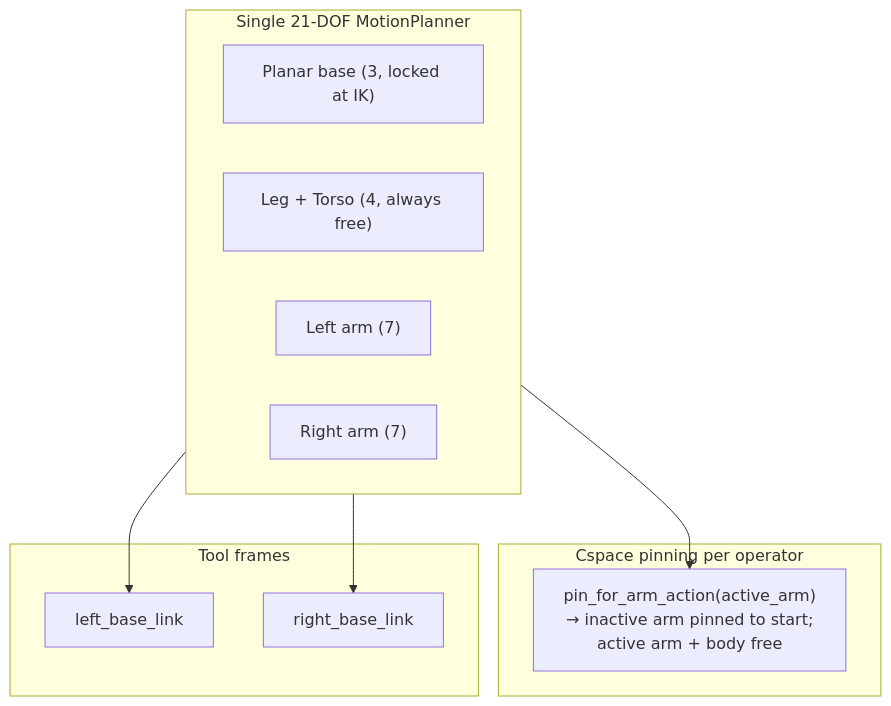
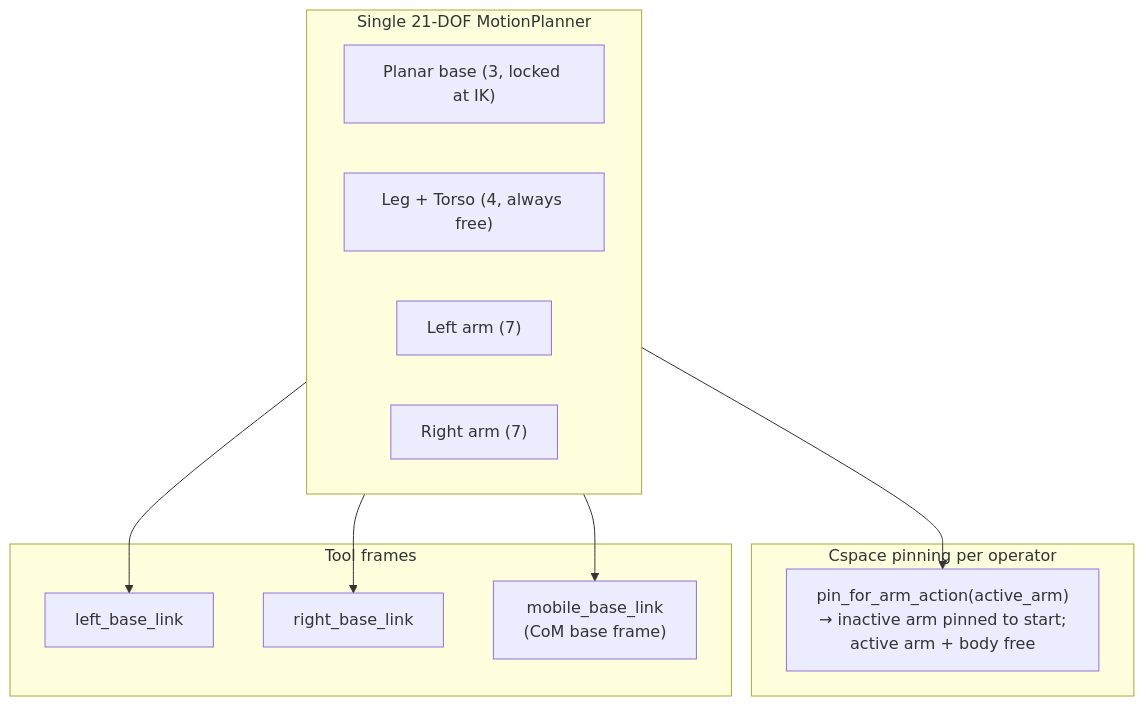
One commit to helpYoon/cuTAMP changed the second of 2 diagrams in README.md. Above: the diagram before and after it, drawn with Mermaid. The commit also changed other lines of this file, not shown here.

````diff
--- a/README.md
+++ b/README.md
@@ -80,22 +97,24 @@
 ```mermaid
 graph TD
     subgraph Planner [Single 21-DOF MotionPlanner]
         Base["Planar base (3, locked at IK)"]
         Body["Leg + Torso (4, always free)"]
         L["Left arm (7)"]
         R["Right arm (7)"]
     end
 
     subgraph Pinning [Cspace pinning per operator]
         ArmOp["pin_for_arm_action(active_arm)<br/>→ inactive arm pinned to start;<br/>active arm + body free"]
     end
 
     subgraph Tools [Tool frames]
         LT["left_base_link"]
         RT["right_base_link"]
+        BT["mobile_base_link<br/>(CoM base frame)"]
     end
 
     Planner --> ArmOp
     Planner --> LT
     Planner --> RT
+    Planner --> BT
 ```
````
